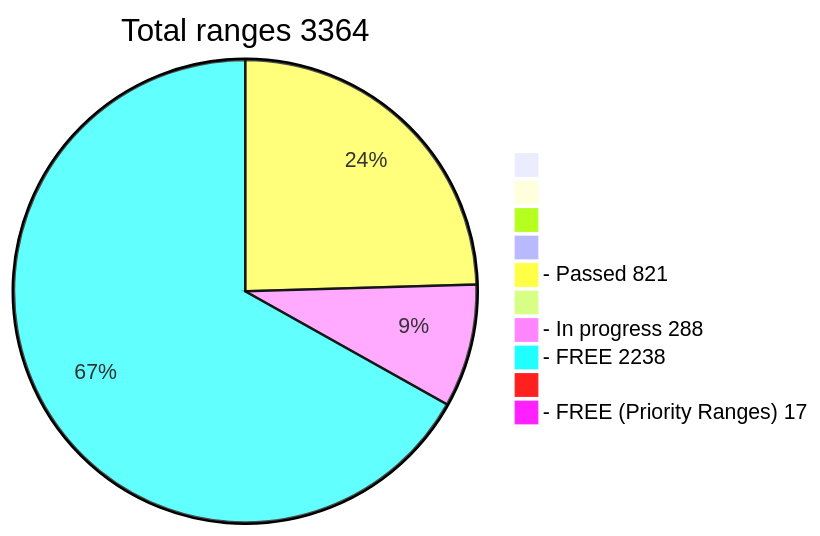
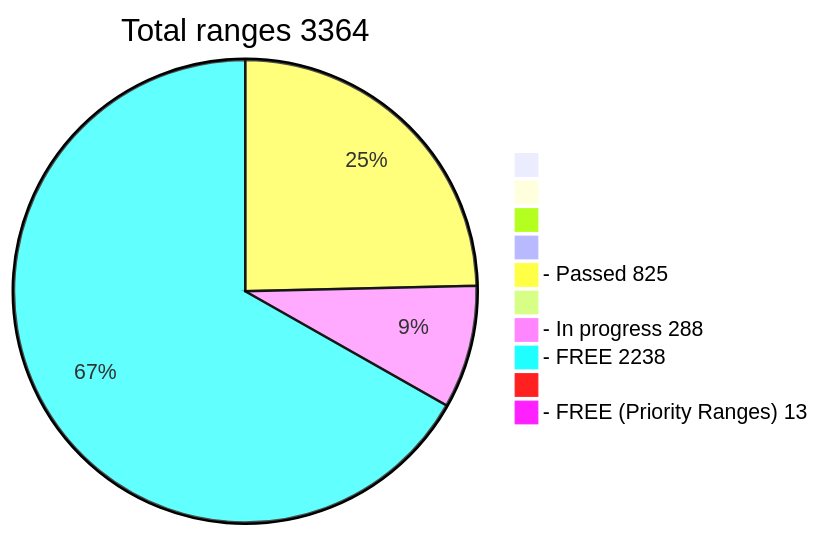
One commit to phrutis/wif500 changed the diagram in README.md. Above: the diagram before and after it, drawn with Mermaid.

````diff
--- a/README.md
+++ b/README.md
@@ -16,13 +16,13 @@
 ```mermaid
 pie title Total ranges 3364
              " " : 0
             "  " : 0
            "   " : 0
           "    " : 0
-  "- Passed 821" : 821
+  "- Passed 825" : 825
          "     " : 0
   "- In progress 288" : 288
    "- FREE 2238" : 2238
         "      " : 0
-  "- FREE (Priority Ranges) 17" : 17
+  "- FREE (Priority Ranges) 13" : 13
 ```
````
